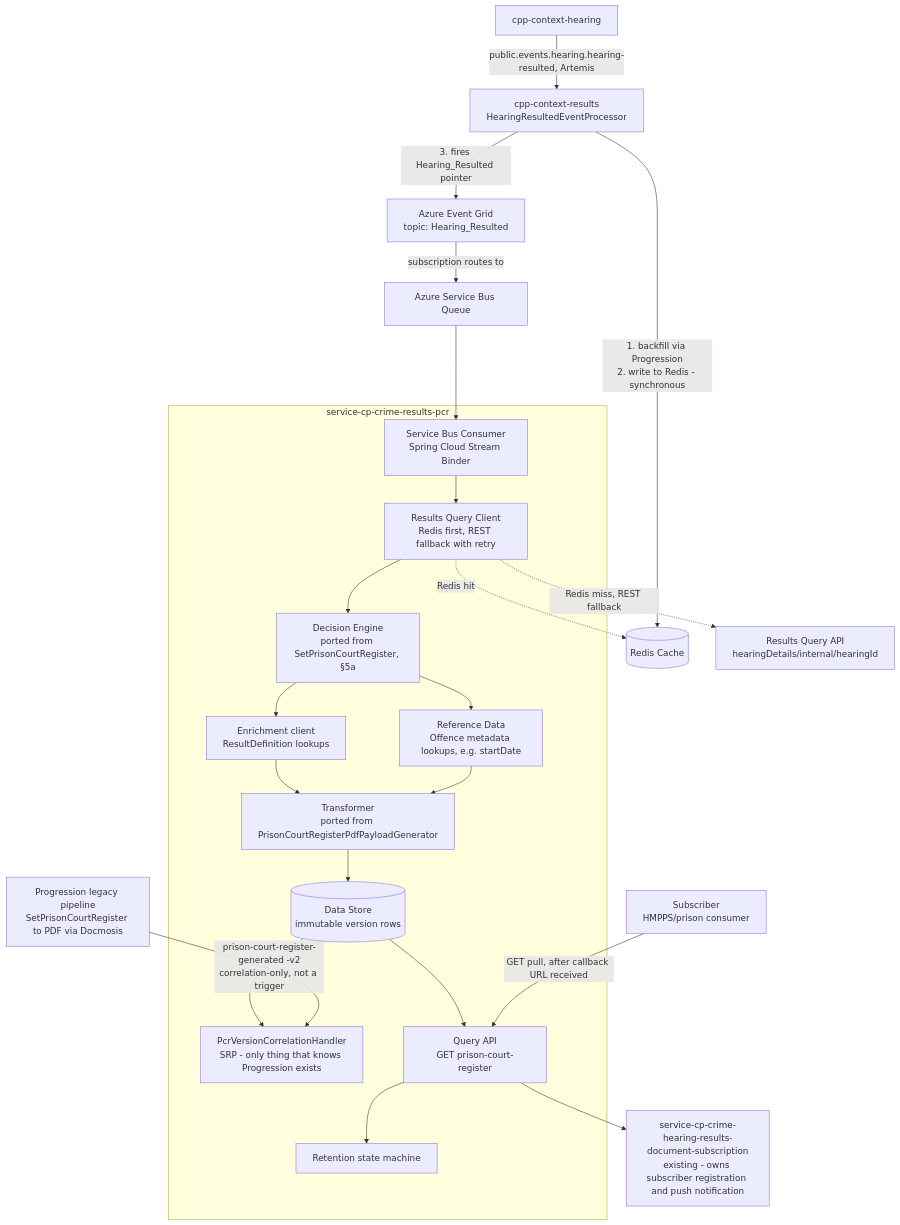
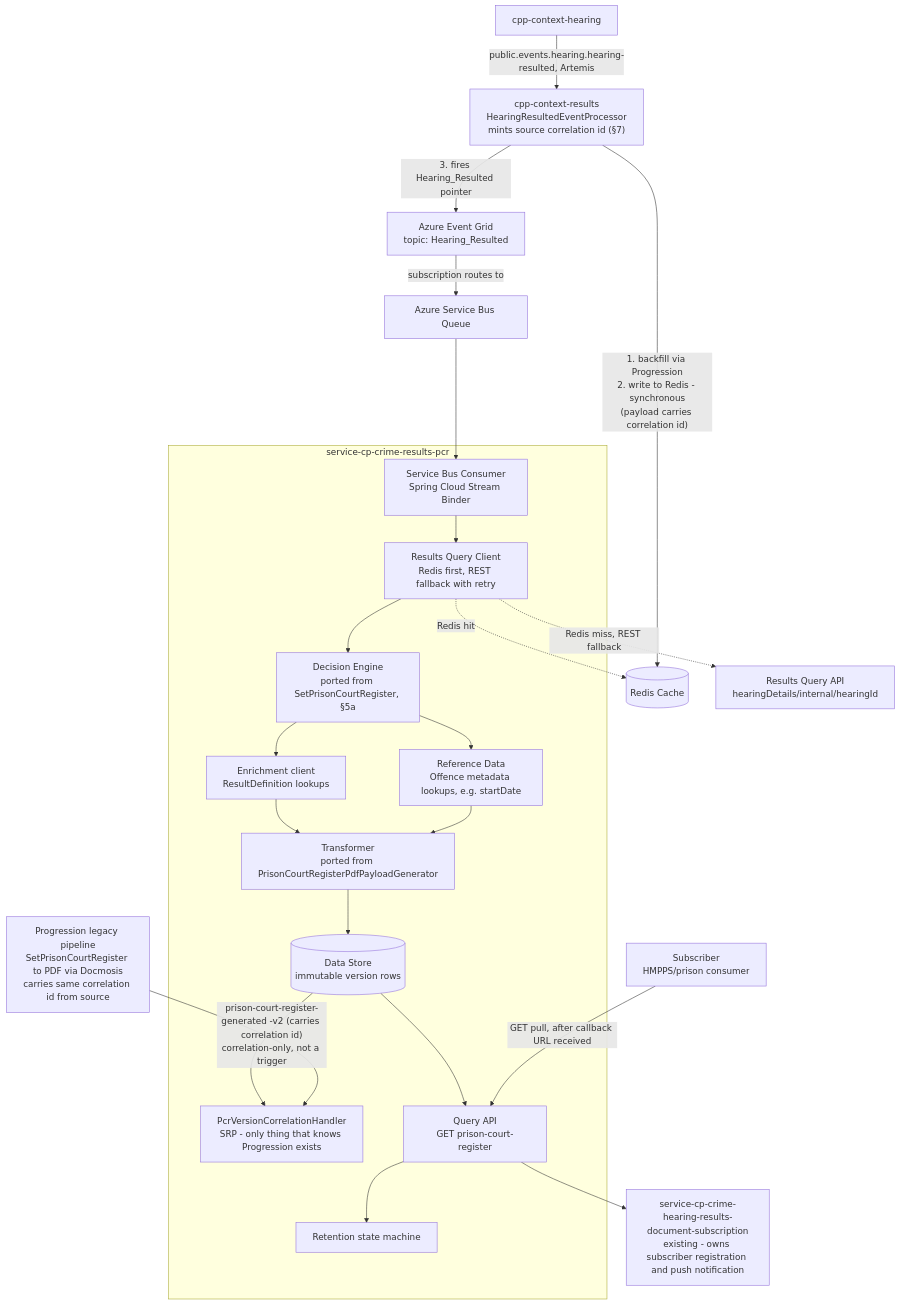
One commit to hmcts/service-cp-crime-results-pcr changed the first of 2 diagrams in docs/2026-07-16-pcr-api-marketplace-design-v2.md. Above: the diagram before and after it, drawn with Mermaid. The commit also changed other lines of this file, not shown here.

First line of the commit message:
docs: use a source-minted correlation id (ULID) for PCR versioning

````diff
--- a/docs/2026-07-16-pcr-api-marketplace-design-v2.md
+++ b/docs/2026-07-16-pcr-api-marketplace-design-v2.md
@@ -31,30 +31,30 @@
 ```mermaid
 flowchart TB
-    Hearing["cpp-context-hearing"] -->|"public.events.hearing.hearing-resulted, Artemis"| Results["cpp-context-results<br/>HearingResultedEventProcessor"]
-    Results -->|"1. backfill via Progression<br/>2. write to Redis - synchronous"| Redis[("Redis Cache")]
+    Hearing["cpp-context-hearing"] -->|"public.events.hearing.hearing-resulted, Artemis"| Results["cpp-context-results<br/>HearingResultedEventProcessor<br/>mints source correlation id (§7)"]
+    Results -->|"1. backfill via Progression<br/>2. write to Redis - synchronous<br/>(payload carries correlation id)"| Redis[("Redis Cache")]
     Results -->|"3. fires Hearing_Resulted pointer"| Grid["Azure Event Grid<br/>topic: Hearing_Resulted"]
     Grid -->|"subscription routes to"| Bus["Azure Service Bus Queue"]
     Bus --> Consumer
 
     subgraph PCR["service-cp-crime-results-pcr"]
         Consumer["Service Bus Consumer<br/>Spring Cloud Stream Binder"] --> Query["Results Query Client<br/>Redis first, REST fallback with retry"]
         Query --> Decision["Decision Engine<br/>ported from SetPrisonCourtRegister, §5a"]
         Decision --> Enrich["Enrichment client<br/>ResultDefinition lookups"]
         Decision --> OffenceMeta["Reference Data<br/>Offence metadata lookups, e.g. startDate"]
         Enrich --> Transform["Transformer<br/>ported from PrisonCourtRegisterPdfPayloadGenerator"]
         OffenceMeta --> Transform
         Transform --> Store[("Data Store<br/>immutable version rows")]
         Store --> Correlator["PcrVersionCorrelationHandler<br/>SRP - only thing that knows Progression exists"]
         Store --> API["Query API<br/>GET prison-court-register"]
         API --> Retention["Retention state machine"]
     end
 
     Query -.->|"Redis hit"| Redis
     Query -.->|"Redis miss, REST fallback"| ResultsAPI["Results Query API<br/>hearingDetails/internal/hearingId"]
 
-    Progression["Progression legacy pipeline<br/>SetPrisonCourtRegister to PDF via Docmosis"] -->|"prison-court-register-generated -v2<br/>correlation-only, not a trigger"| Correlator
+    Progression["Progression legacy pipeline<br/>SetPrisonCourtRegister to PDF via Docmosis<br/>carries same correlation id from source"] -->|"prison-court-register-generated -v2 (carries correlation id)<br/>correlation-only, not a trigger"| Correlator
 
     API --> Subscription["service-cp-crime-hearing-results-document-subscription<br/>existing - owns subscriber registration and push notification"]
 
     Subscriber["Subscriber<br/>HMPPS/prison consumer"] -->|"GET pull, after callback URL received"| API
 ```
````
